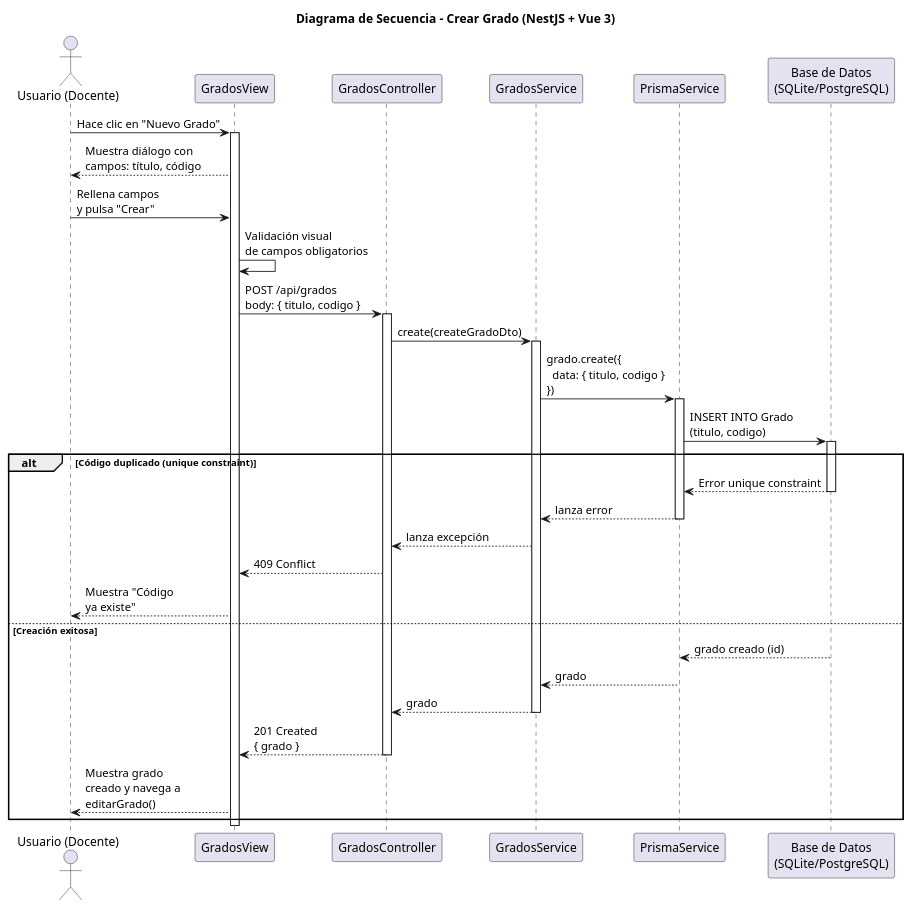
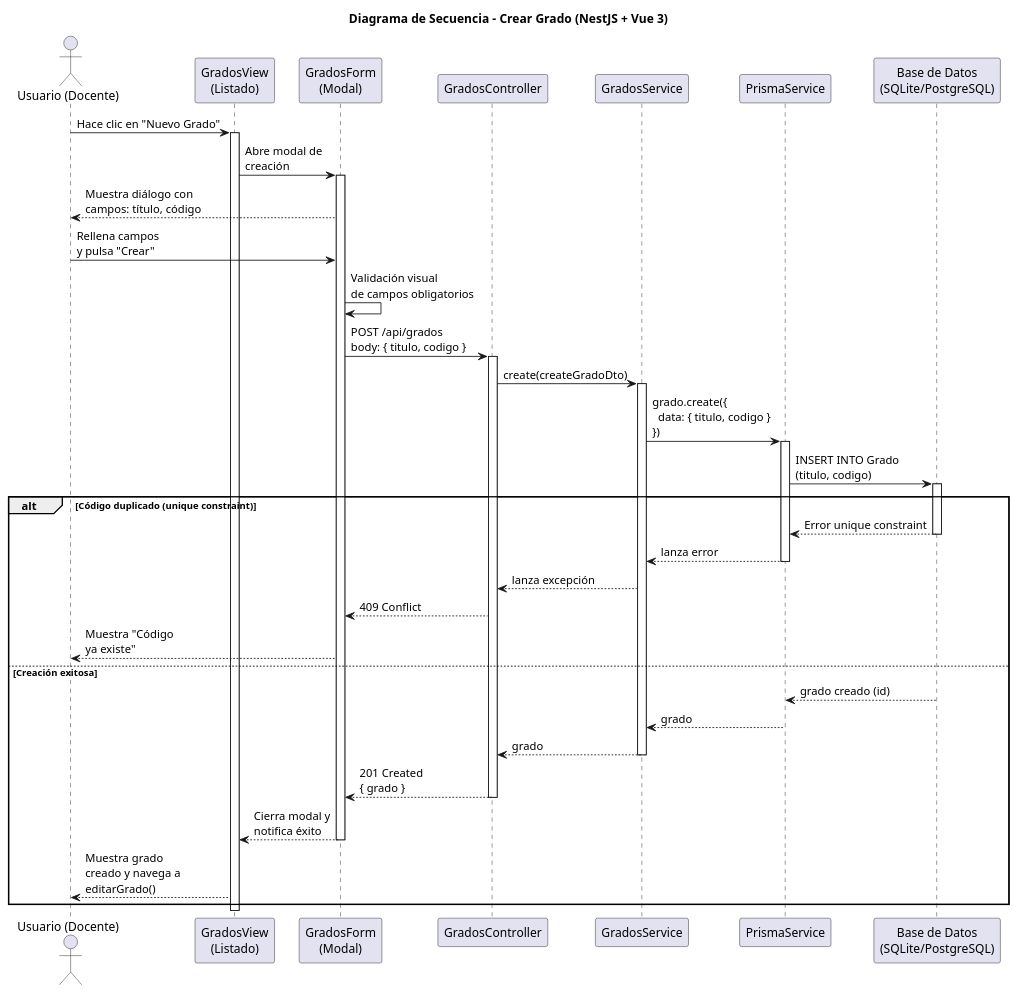
Before and after one commit to marcosgutierrez6/25-26-idsw2-sdVC: the diagram in documents/diseño/crearGrado/README.md, drawn with PlantUML. The commit also changed other lines of this file and 40 other files, not shown here.

Commit message:
fix: Corrección en los diagramas de diseño separación entre vistas y formularios

````diff
--- a/documents/diseño/crearGrado/README.md
+++ b/documents/diseño/crearGrado/README.md
@@ -30,55 +30,61 @@
 ```plantuml
 @startuml
 title Diagrama de Secuencia - Crear Grado (NestJS + Vue 3)
 
 actor "Usuario (Docente)" as User
-participant "GradosView" as FE
+participant "GradosView\n(Listado)" as List
+participant "GradosForm\n(Modal)" as Form
 participant "GradosController" as Controller
 participant "GradosService" as Service
 participant "PrismaService" as Prisma
 participant "Base de Datos\n(SQLite/PostgreSQL)" as DB
 
-User -> FE: Hace clic en "Nuevo Grado"
-activate FE
+User -> List: Hace clic en "Nuevo Grado"
+activate List
 
-FE --> User: Muestra diálogo con\ncampos: título, código
+List -> Form: Abre modal de\ncreación
+activate Form
+Form --> User: Muestra diálogo con\ncampos: título, código
 
-User -> FE: Rellena campos\ny pulsa "Crear"
-FE -> FE: Validación visual\nde campos obligatorios
+User -> Form: Rellena campos\ny pulsa "Crear"
+Form -> Form: Validación visual\nde campos obligatorios
 
-FE -> Controller: POST /api/grados\nbody: { titulo, codigo }
+Form -> Controller: POST /api/grados\nbody: { titulo, codigo }
 activate Controller
 
 Controller -> Service: create(createGradoDto)
 activate Service
 
 Service -> Prisma: grado.create({\n  data: { titulo, codigo }\n})
 activate Prisma
 Prisma -> DB: INSERT INTO Grado\n(titulo, codigo)
 activate DB
 
 alt Código duplicado (unique constraint)
   DB --> Prisma: Error unique constraint
   deactivate DB
   Prisma --> Service: lanza error
   deactivate Prisma
   Service --> Controller: lanza excepción
-  Controller --> FE: 409 Conflict
-  FE --> User: Muestra "Código\nya existe"
+  Controller --> Form: 409 Conflict
+  Form --> User: Muestra "Código\nya existe"
 else Creación exitosa
   DB --> Prisma: grado creado (id)
   deactivate DB
   Prisma --> Service: grado
   deactivate Prisma
 
   Service --> Controller: grado
   deactivate Service
-  Controller --> FE: 201 Created\n{ grado }
+  Controller --> Form: 201 Created\n{ grado }
   deactivate Controller
-  FE --> User: Muestra grado\ncreado y navega a\neditarGrado()
+
+  Form --> List: Cierra modal y\nnotifica éxito
+  deactivate Form
+  List --> User: Muestra grado\ncreado y navega a\neditarGrado()
 end
 
-deactivate FE
+deactivate List
 
 @enduml
 ```
````
